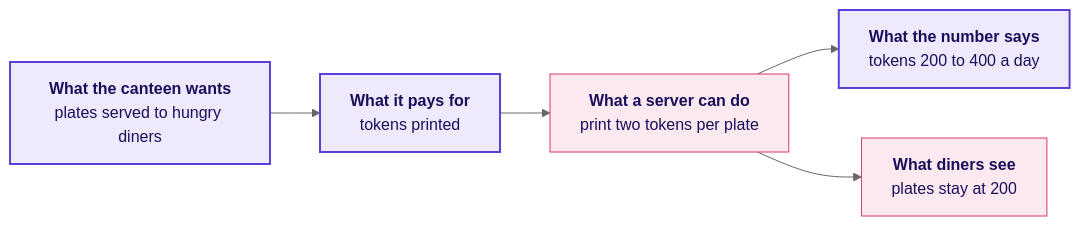
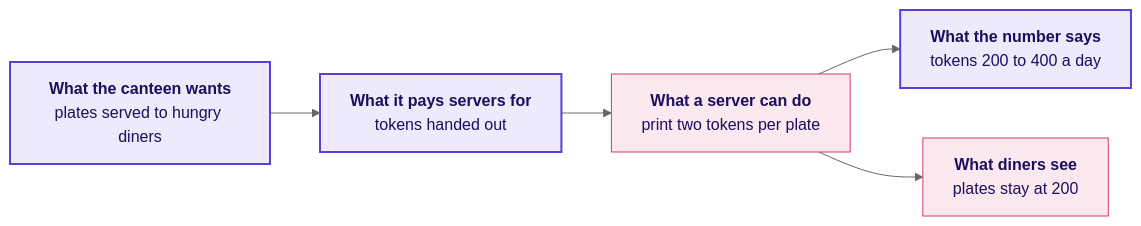
Before and after one commit to fde-academy-lab/c2-content-factory: the third of 12 diagrams in content/W04/D1/whiteboards/C2_W04_D01_board_work_STUDENT.md, drawn with Mermaid (neutral theme). The commit also changed other lines of this file and 8 other files, not shown here.

````diff
--- a/content/W04/D1/whiteboards/C2_W04_D01_board_work_STUDENT.md
+++ b/content/W04/D1/whiteboards/C2_W04_D01_board_work_STUDENT.md
@@ -90,11 +90,11 @@
 ```mermaid
 flowchart LR
-    G["<b>What the canteen wants</b><br/>plates served to hungry diners"] --> P["<b>What it pays for</b><br/>tokens printed"]
+    G["<b>What the canteen wants</b><br/>plates served to hungry diners"] --> P["<b>What it pays servers for</b><br/>tokens handed out"]
     P --> C["<b>What a server can do</b><br/>print two tokens per plate"]
     C --> N["<b>What the number says</b><br/>tokens 200 to 400 a day"]
     C --> D["<b>What diners see</b><br/>plates stay at 200"]
     classDef known fill:#EEEAFB,stroke:#5B3FD6,color:#1A0F5C,stroke-width:2px
     classDef bad fill:#FBE9EF,stroke:#D63A6A,color:#1A0F5C
     class G,P,N known
     class C,D bad
 ```
````
